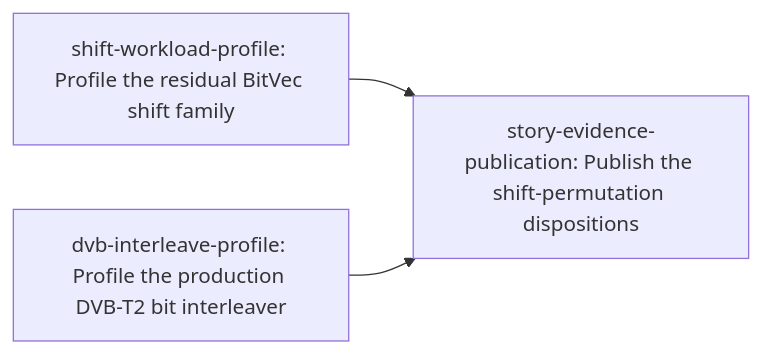
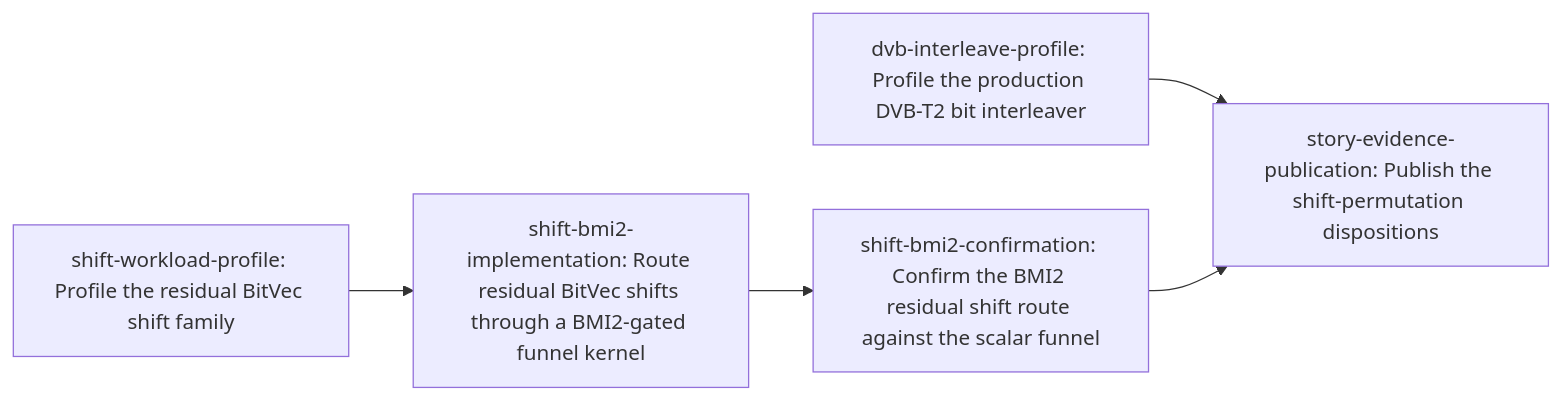
One commit to erankavija/gf2 changed the diagram in dev/active/c04dd4ac-zen3-shifts-and-permutations/plan.md. Above: the diagram before and after it, drawn with Mermaid. The commit also changed other lines of this file and 2 other files, not shown here.

First line of the commit message:
docs(jit:c04dd4ac): add the BMI2 residual-shift candidate leaves

````diff
--- a/dev/active/c04dd4ac-zen3-shifts-and-permutations/plan.md
+++ b/dev/active/c04dd4ac-zen3-shifts-and-permutations/plan.md
@@ -95,8 +137,12 @@
 ```mermaid
 flowchart LR
     N0["shift-workload-profile: Profile the residual BitVec shift family"]
-    N1["dvb-interleave-profile: Profile the production DVB-T2 bit interleaver"]
-    N2["story-evidence-publication: Publish the shift-permutation dispositions"]
-    N0 --> N2
+    N1["shift-bmi2-implementation: Route residual BitVec shifts through a BMI2-gated funnel kernel"]
+    N2["shift-bmi2-confirmation: Confirm the BMI2 residual shift route against the scalar funnel"]
+    N3["dvb-interleave-profile: Profile the production DVB-T2 bit interleaver"]
+    N4["story-evidence-publication: Publish the shift-permutation dispositions"]
+    N0 --> N1
     N1 --> N2
+    N3 --> N4
+    N2 --> N4
 ```
````
